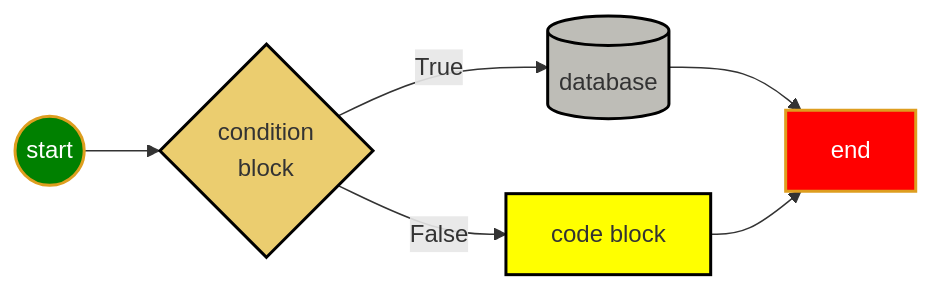
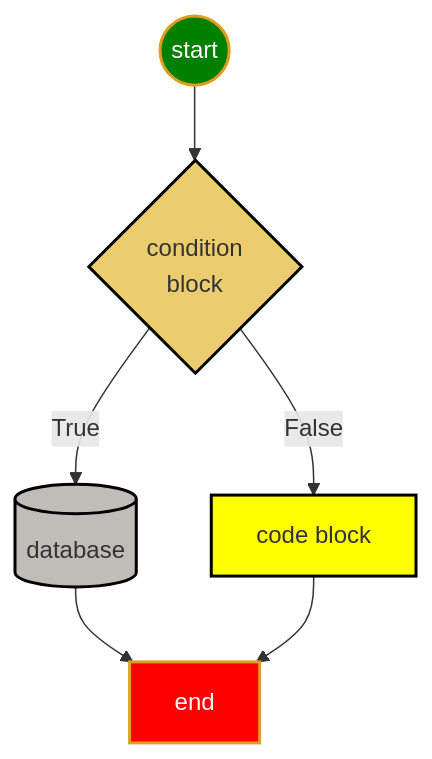
Before and after one commit to jwang1122/python1: the diagram in doc/myIcons.md, drawn with Mermaid. The commit also changed other lines of this file and 1 other file, not shown here.

Commit message:
add function definition in function.py

````diff
--- a/doc/myIcons.md
+++ b/doc/myIcons.md
@@ -25,25 +25,25 @@
 ```mermaid
-graph LR
+graph TB
 START((start))
 B[code block]
 END[end]
 IF{condition<br> block}
 DB[(database)]
 
 START-->IF
 IF--True-->DB-->END
 IF--False-->B-->END
 
 classDef html fill:#F46624,stroke:#F46624,stroke-width:4px,color:white;
 classDef js fill:yellow,stroke:black,stroke-width:2px;
 classDef if fill:#EBCD6F,stroke:black,stroke-width:2px;
 classDef db fill:#BEBDB7,stroke:black,stroke-width:2px;
 classDef start fill:green,stroke:#DE9E1F,stroke-width:2px,color:white;
 classDef end1 fill:red,stroke:#DE9E1F,stroke-width:2px,color:white;
 
 class START start
 class B,D,E js
 class IF if
 class DB db
 class END end1
 ```
````
